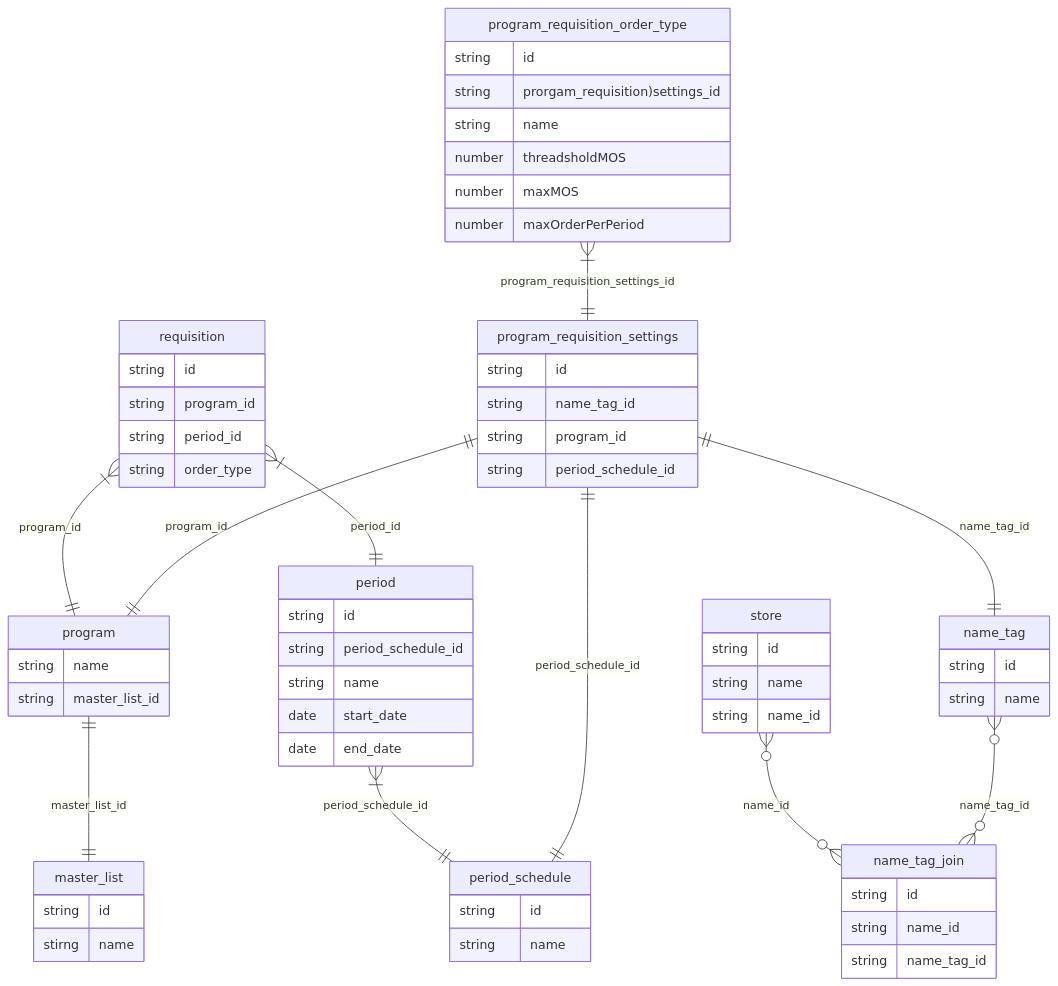
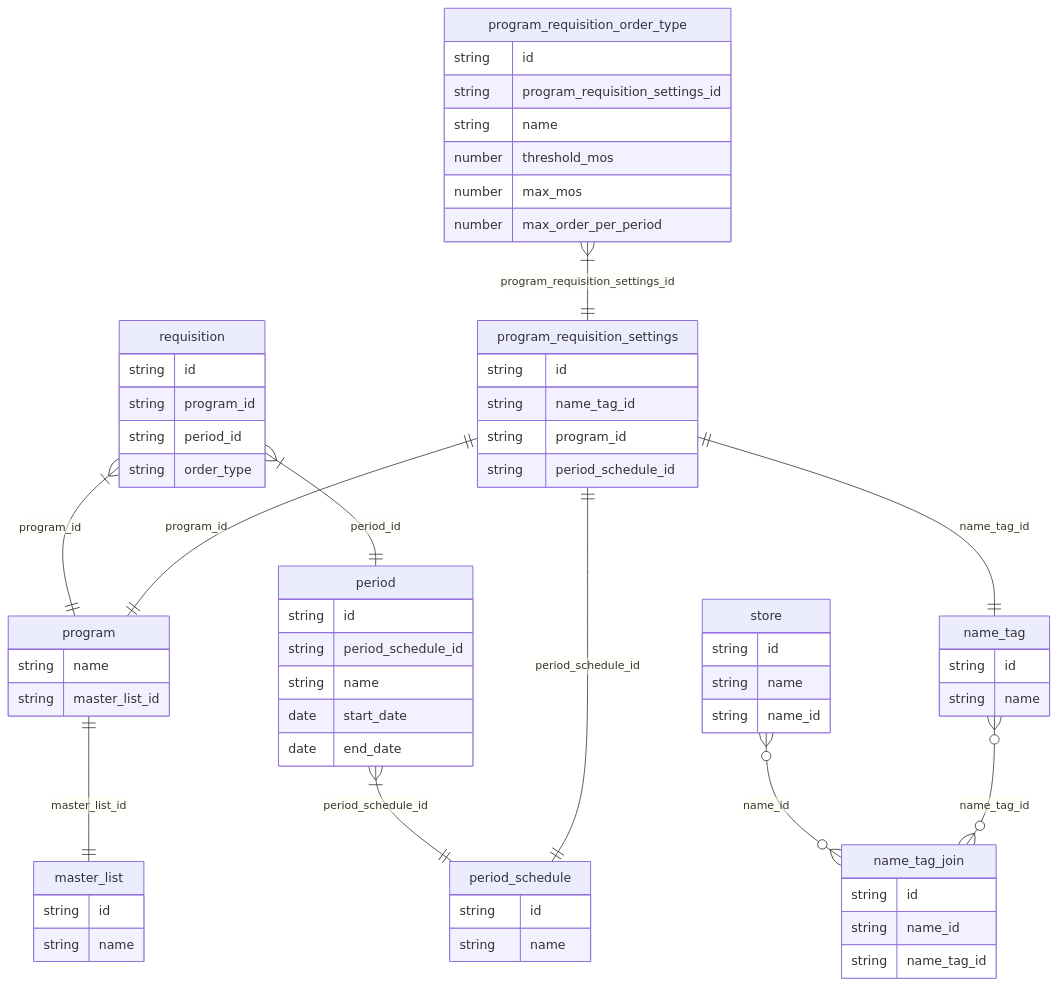
One commit to msupply-foundation/open-msupply changed the diagram in server/service/src/requisition/program_settings/README.md. Above: the diagram before and after it, drawn with Mermaid. The commit also changed other lines of this file, not shown here.

````diff
--- a/server/service/src/requisition/program_settings/README.md
+++ b/server/service/src/requisition/program_settings/README.md
@@ -18,69 +18,69 @@
 ```mermaid
 erDiagram
     requisition {
         string id
         string program_id
         string period_id
         string order_type
     }
     program_requisition_settings {
         string id
         string name_tag_id
         string program_id
         string period_schedule_id
     }
     program_requisition_order_type {
         string id
-        string prorgam_requisition)settings_id
+        string program_requisition_settings_id
         string name
-        number threadsholdMOS
-        number maxMOS
-        number maxOrderPerPeriod
+        number threshold_mos
+        number max_mos
+        number max_order_per_period
     } 
     master_list {
         string id
-        stirng name
+        string name
     }
     program {
         string name
         string master_list_id
     }
 
     period_schedule {
         string id
         string name
     }
 
     period {
         string id
         string period_schedule_id
         string name
         date start_date
         date end_date
     }     
 
     store {
         string id
         string name
         string name_id
     }
     name_tag {
         string id
         string name
     }
     name_tag_join {
         string id
         string name_id
         string name_tag_id
     }
     program ||--|| master_list: master_list_id
     requisition }|--|| period : period_id
     program_requisition_settings ||--|| period_schedule: period_schedule_id
     program_requisition_settings ||--|| program: program_id
     period }|--|| period_schedule : period_schedule_id
     name_tag }o--o{ name_tag_join : name_tag_id
     requisition }|--|| program : program_id
     program_requisition_settings ||--|| name_tag: name_tag_id
     program_requisition_order_type }|--|| program_requisition_settings : program_requisition_settings_id
     store }o--o{ name_tag_join : name_id
 ```
````
